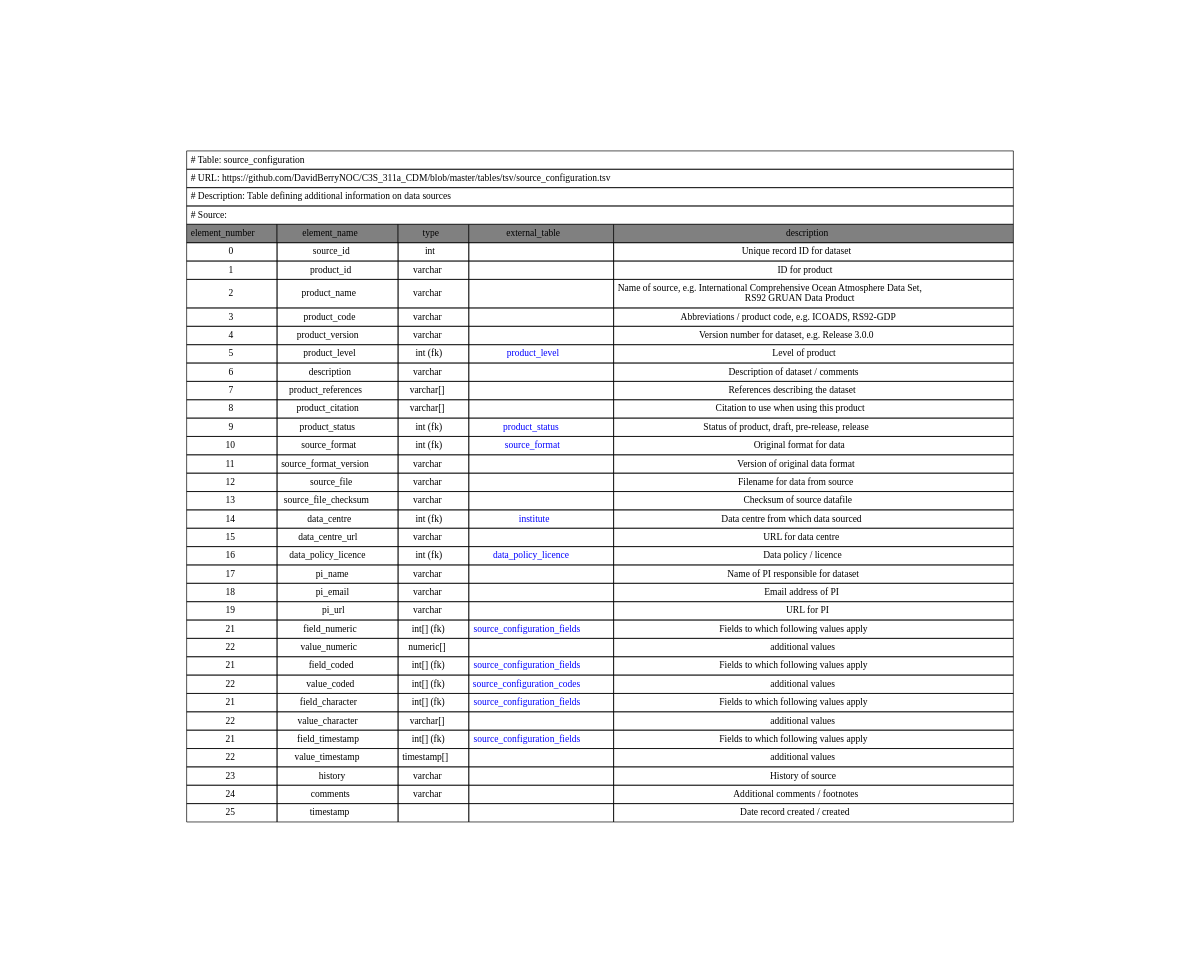
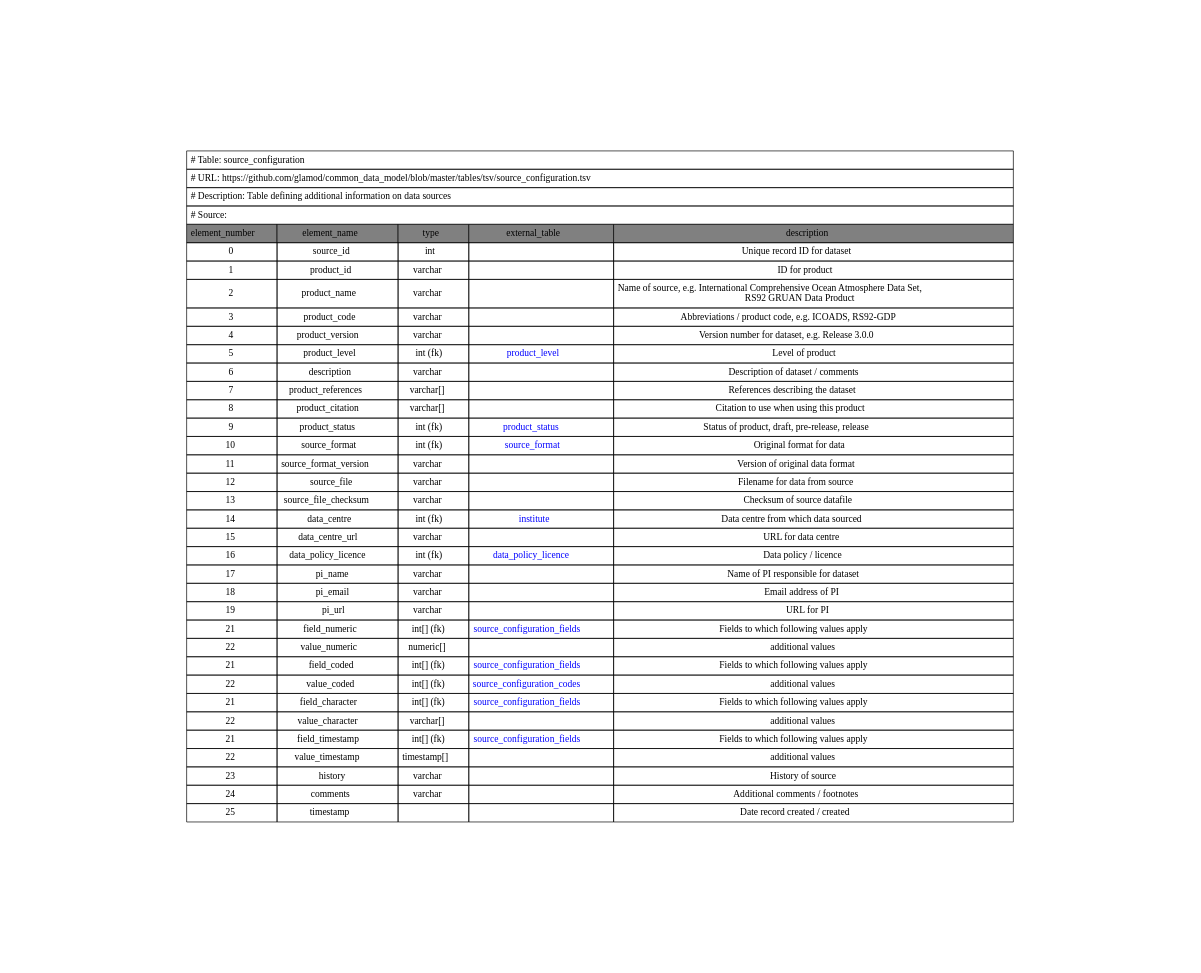
Before and after one commit to glamod/common_data_model: the diagram in graphviz/source_configuration.gv, drawn with Graphviz. The commit also changed 11 other files, not shown here.

Commit message:
Paths updated to GLAMOD in cdm_short

```diff
--- a/graphviz/source_configuration.gv
+++ b/graphviz/source_configuration.gv
@@ -1,41 +1,41 @@
 digraph source_configuration {
 node [color=white]
 source_configuration [label=<<TABLE BORDER="0" CELLBORDER="1" CELLSPACING="0" CELLPADDING="5" COLOR="BLACK">
 <TR><TD COLSPAN="5" ALIGN="left" PORT="head"># Table: source_configuration</TD></TR>
-<TR><TD COLSPAN="5" ALIGN="left"># URL: https://github.com/DavidBerryNOC/C3S_311a_CDM/blob/master/tables/tsv/source_configuration.tsv</TD></TR>
+<TR><TD COLSPAN="5" ALIGN="left"># URL: https://github.com/glamod/common_data_model/blob/master/tables/tsv/source_configuration.tsv</TD></TR>
 <TR><TD ALIGN="left" COLSPAN="5"># Description: Table defining additional information on data sources				</TD></TR>
 <TR><TD ALIGN="left" COLSPAN="5"># Source:				</TD></TR>
 <TR><TD BGCOLOR="GRAY">element_number</TD><TD BGCOLOR="GRAY">element_name</TD><TD BGCOLOR="GRAY">type</TD><TD BGCOLOR="GRAY">external_table</TD><TD BGCOLOR="GRAY">description</TD></TR>
 <TR><TD PORT="source_idL">0</TD><TD>source_id </TD><TD>int </TD><TD></TD><TD PORT="source_idR">Unique record ID for dataset </TD></TR>
 <TR><TD PORT="product_idL">1</TD><TD>product_id </TD><TD>varchar </TD><TD></TD><TD PORT="product_idR">ID for product </TD></TR>
 <TR><TD PORT="product_nameL">2</TD><TD>product_name </TD><TD>varchar </TD><TD></TD><TD PORT="product_nameR">Name of source, e.g. International Comprehensive Ocean Atmosphere Data Set, <BR/>RS92 GRUAN Data Product </TD></TR>
 <TR><TD PORT="product_codeL">3</TD><TD>product_code </TD><TD>varchar </TD><TD></TD><TD PORT="product_codeR">Abbreviations / product code, e.g. ICOADS, RS92-GDP </TD></TR>
 <TR><TD PORT="product_versionL">4</TD><TD>product_version </TD><TD>varchar </TD><TD></TD><TD PORT="product_versionR">Version number for dataset, e.g. Release 3.0.0 </TD></TR>
-<TR><TD PORT="product_levelL">5</TD><TD>product_level </TD><TD>int (fk) </TD><TD HREF="https://github.com/DavidBerryNOC/C3S_311a_CDM/blob/master/tables/tsv/product_level.tsv"><FONT color="blue">product_level </FONT></TD><TD PORT="product_levelR">Level of product </TD></TR>
+<TR><TD PORT="product_levelL">5</TD><TD>product_level </TD><TD>int (fk) </TD><TD HREF="https://github.com/glamod/common_data_model/blob/master/tables/tsv/product_level.tsv"><FONT color="blue">product_level </FONT></TD><TD PORT="product_levelR">Level of product </TD></TR>
 <TR><TD PORT="description L">6</TD><TD>description </TD><TD>varchar </TD><TD></TD><TD PORT="description R">Description of dataset / comments </TD></TR>
 <TR><TD PORT="product_referencesL">7</TD><TD>product_references </TD><TD>varchar[] </TD><TD></TD><TD PORT="product_referencesR">References describing the dataset </TD></TR>
 <TR><TD PORT="product_citationL">8</TD><TD>product_citation </TD><TD>varchar[] </TD><TD></TD><TD PORT="product_citationR">Citation to use when using this product </TD></TR>
-<TR><TD PORT="product_statusL">9</TD><TD>product_status </TD><TD>int (fk) </TD><TD HREF="https://github.com/DavidBerryNOC/C3S_311a_CDM/blob/master/tables/tsv/product_status.tsv"><FONT color="blue">product_status </FONT></TD><TD PORT="product_statusR">Status of product, draft, pre-release, release </TD></TR>
-<TR><TD PORT="source_format L">10</TD><TD>source_format </TD><TD>int (fk) </TD><TD HREF="https://github.com/DavidBerryNOC/C3S_311a_CDM/blob/master/tables/tsv/source_format.tsv"><FONT color="blue">source_format </FONT></TD><TD PORT="source_format R">Original format for data </TD></TR>
+<TR><TD PORT="product_statusL">9</TD><TD>product_status </TD><TD>int (fk) </TD><TD HREF="https://github.com/glamod/common_data_model/blob/master/tables/tsv/product_status.tsv"><FONT color="blue">product_status </FONT></TD><TD PORT="product_statusR">Status of product, draft, pre-release, release </TD></TR>
+<TR><TD PORT="source_format L">10</TD><TD>source_format </TD><TD>int (fk) </TD><TD HREF="https://github.com/glamod/common_data_model/blob/master/tables/tsv/source_format.tsv"><FONT color="blue">source_format </FONT></TD><TD PORT="source_format R">Original format for data </TD></TR>
 <TR><TD PORT="source_format_version L">11</TD><TD>source_format_version </TD><TD>varchar </TD><TD></TD><TD PORT="source_format_version R">Version of original data format </TD></TR>
 <TR><TD PORT="source_fileL">12</TD><TD>source_file </TD><TD>varchar </TD><TD></TD><TD PORT="source_fileR">Filename for data from source </TD></TR>
 <TR><TD PORT="source_file_checksumL">13</TD><TD>source_file_checksum </TD><TD>varchar </TD><TD></TD><TD PORT="source_file_checksumR">Checksum of source datafile </TD></TR>
-<TR><TD PORT="data_centre L">14</TD><TD>data_centre </TD><TD>int (fk) </TD><TD HREF="https://github.com/DavidBerryNOC/C3S_311a_CDM/blob/master/tables/tsv/institute.tsv"><FONT color="blue">institute </FONT></TD><TD PORT="data_centre R">Data centre from which data sourced </TD></TR>
+<TR><TD PORT="data_centre L">14</TD><TD>data_centre </TD><TD>int (fk) </TD><TD HREF="https://github.com/glamod/common_data_model/blob/master/tables/tsv/institute.tsv"><FONT color="blue">institute </FONT></TD><TD PORT="data_centre R">Data centre from which data sourced </TD></TR>
 <TR><TD PORT="data_centre_url L">15</TD><TD>data_centre_url </TD><TD>varchar </TD><TD></TD><TD PORT="data_centre_url R">URL for data centre </TD></TR>
-<TR><TD PORT="data_policy_licence L">16</TD><TD>data_policy_licence </TD><TD>int (fk) </TD><TD HREF="https://github.com/DavidBerryNOC/C3S_311a_CDM/blob/master/tables/tsv/data_policy_licence.tsv"><FONT color="blue">data_policy_licence </FONT></TD><TD PORT="data_policy_licence R">Data policy / licence </TD></TR>
+<TR><TD PORT="data_policy_licence L">16</TD><TD>data_policy_licence </TD><TD>int (fk) </TD><TD HREF="https://github.com/glamod/common_data_model/blob/master/tables/tsv/data_policy_licence.tsv"><FONT color="blue">data_policy_licence </FONT></TD><TD PORT="data_policy_licence R">Data policy / licence </TD></TR>
 <TR><TD PORT="pi_name L">17</TD><TD>pi_name </TD><TD>varchar </TD><TD></TD><TD PORT="pi_name R">Name of PI responsible for dataset </TD></TR>
 <TR><TD PORT="pi_email L">18</TD><TD>pi_email </TD><TD>varchar </TD><TD></TD><TD PORT="pi_email R">Email address of PI </TD></TR>
 <TR><TD PORT="pi_url L">19</TD><TD>pi_url </TD><TD>varchar </TD><TD></TD><TD PORT="pi_url R">URL for PI </TD></TR>
-<TR><TD PORT="field_numericL">21</TD><TD>field_numeric </TD><TD>int[] (fk) </TD><TD HREF="https://github.com/DavidBerryNOC/C3S_311a_CDM/blob/master/tables/tsv/source_configuration_fields.tsv"><FONT color="blue">source_configuration_fields </FONT></TD><TD PORT="field_numericR">Fields to which following values apply </TD></TR>
+<TR><TD PORT="field_numericL">21</TD><TD>field_numeric </TD><TD>int[] (fk) </TD><TD HREF="https://github.com/glamod/common_data_model/blob/master/tables/tsv/source_configuration_fields.tsv"><FONT color="blue">source_configuration_fields </FONT></TD><TD PORT="field_numericR">Fields to which following values apply </TD></TR>
 <TR><TD PORT="value_numericL">22</TD><TD>value_numeric </TD><TD>numeric[] </TD><TD></TD><TD PORT="value_numericR">additional values </TD></TR>
-<TR><TD PORT="field_codedL">21</TD><TD>field_coded </TD><TD>int[] (fk) </TD><TD HREF="https://github.com/DavidBerryNOC/C3S_311a_CDM/blob/master/tables/tsv/source_configuration_fields.tsv"><FONT color="blue">source_configuration_fields </FONT></TD><TD PORT="field_codedR">Fields to which following values apply </TD></TR>
-<TR><TD PORT="value_codedL">22</TD><TD>value_coded </TD><TD>int[] (fk) </TD><TD HREF="https://github.com/DavidBerryNOC/C3S_311a_CDM/blob/master/tables/tsv/source_configuration_codes.tsv"><FONT color="blue">source_configuration_codes </FONT></TD><TD PORT="value_codedR">additional values </TD></TR>
-<TR><TD PORT="field_characterL">21</TD><TD>field_character </TD><TD>int[] (fk) </TD><TD HREF="https://github.com/DavidBerryNOC/C3S_311a_CDM/blob/master/tables/tsv/source_configuration_fields.tsv"><FONT color="blue">source_configuration_fields </FONT></TD><TD PORT="field_characterR">Fields to which following values apply </TD></TR>
+<TR><TD PORT="field_codedL">21</TD><TD>field_coded </TD><TD>int[] (fk) </TD><TD HREF="https://github.com/glamod/common_data_model/blob/master/tables/tsv/source_configuration_fields.tsv"><FONT color="blue">source_configuration_fields </FONT></TD><TD PORT="field_codedR">Fields to which following values apply </TD></TR>
+<TR><TD PORT="value_codedL">22</TD><TD>value_coded </TD><TD>int[] (fk) </TD><TD HREF="https://github.com/glamod/common_data_model/blob/master/tables/tsv/source_configuration_codes.tsv"><FONT color="blue">source_configuration_codes </FONT></TD><TD PORT="value_codedR">additional values </TD></TR>
+<TR><TD PORT="field_characterL">21</TD><TD>field_character </TD><TD>int[] (fk) </TD><TD HREF="https://github.com/glamod/common_data_model/blob/master/tables/tsv/source_configuration_fields.tsv"><FONT color="blue">source_configuration_fields </FONT></TD><TD PORT="field_characterR">Fields to which following values apply </TD></TR>
 <TR><TD PORT="value_characterL">22</TD><TD>value_character </TD><TD>varchar[] </TD><TD></TD><TD PORT="value_characterR">additional values </TD></TR>
-<TR><TD PORT="field_timestampL">21</TD><TD>field_timestamp </TD><TD>int[] (fk) </TD><TD HREF="https://github.com/DavidBerryNOC/C3S_311a_CDM/blob/master/tables/tsv/source_configuration_fields.tsv"><FONT color="blue">source_configuration_fields </FONT></TD><TD PORT="field_timestampR">Fields to which following values apply </TD></TR>
+<TR><TD PORT="field_timestampL">21</TD><TD>field_timestamp </TD><TD>int[] (fk) </TD><TD HREF="https://github.com/glamod/common_data_model/blob/master/tables/tsv/source_configuration_fields.tsv"><FONT color="blue">source_configuration_fields </FONT></TD><TD PORT="field_timestampR">Fields to which following values apply </TD></TR>
 <TR><TD PORT="value_timestampL">22</TD><TD>value_timestamp </TD><TD>timestamp[] </TD><TD></TD><TD PORT="value_timestampR">additional values </TD></TR>
 <TR><TD PORT="historyL">23</TD><TD>history </TD><TD>varchar </TD><TD></TD><TD PORT="historyR">History of source </TD></TR>
 <TR><TD PORT="commentsL">24</TD><TD>comments </TD><TD>varchar </TD><TD></TD><TD PORT="commentsR">Additional comments / footnotes </TD></TR>
 <TR><TD PORT="timestampL">25</TD><TD>timestamp </TD><TD></TD><TD></TD><TD PORT="timestampR">Date record created / created </TD></TR>
 </TABLE>>];
 }
```
